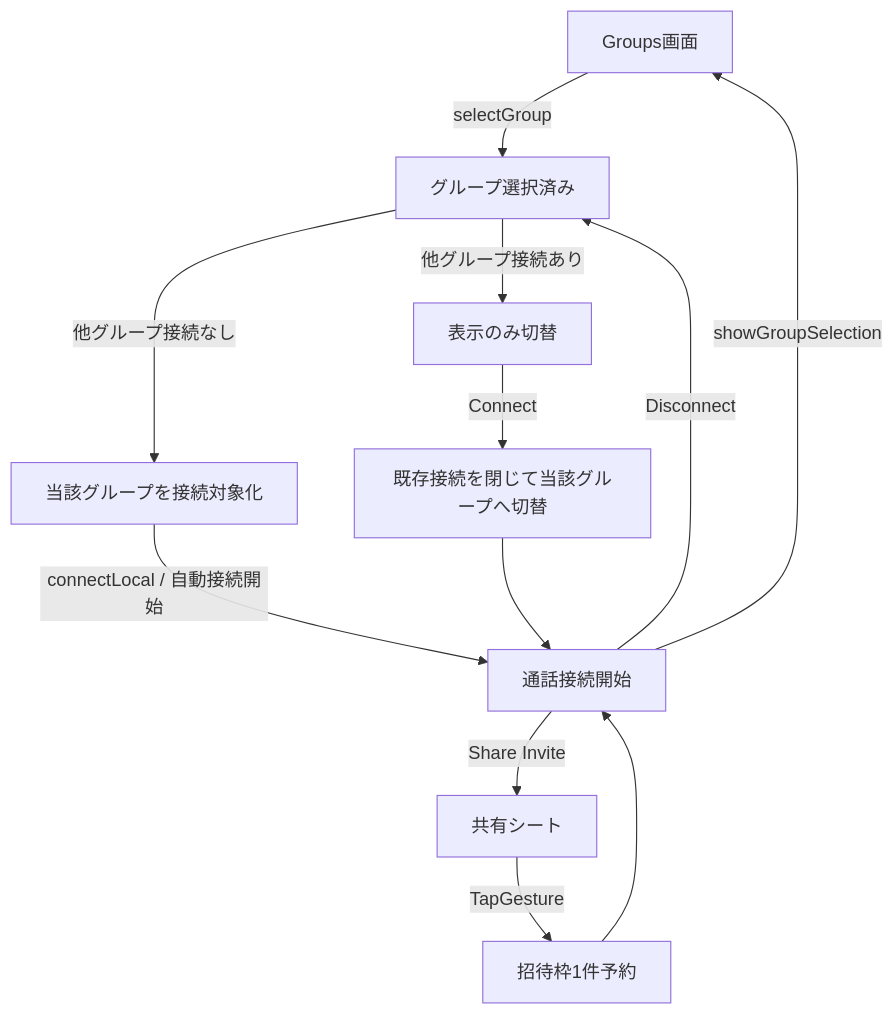
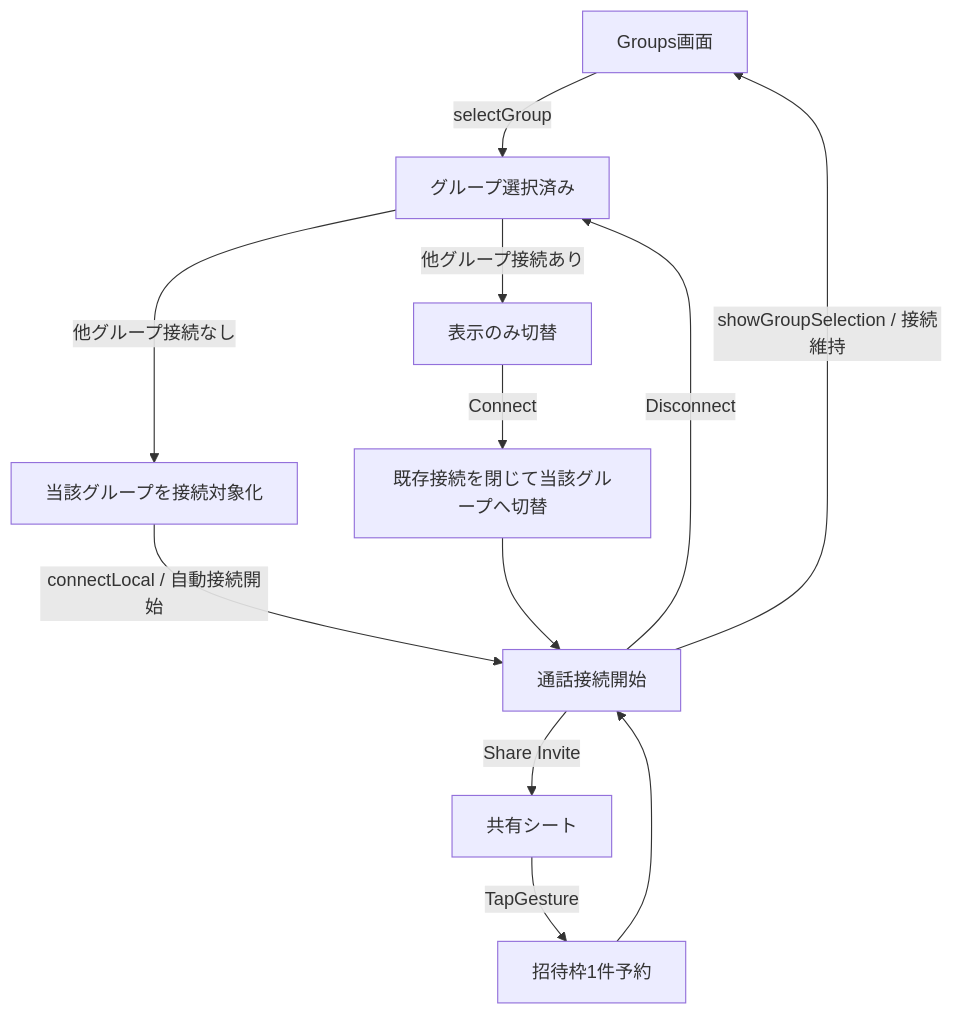
One commit to eroccowaruico/RideIntercom changed the second of 7 diagrams in docs/spec/画面・状態遷移.md. Above: the diagram before and after it, drawn with Mermaid. The commit also changed other lines of this file and 9 other files, not shown here.

````diff
--- a/docs/spec/画面・状態遷移.md
+++ b/docs/spec/画面・状態遷移.md
@@ -32,14 +32,14 @@
 ```mermaid
 flowchart TD
     A[Groups画面] -->|selectGroup| B[グループ選択済み]
     B -->|他グループ接続なし| C[当該グループを接続対象化]
     C -->|connectLocal / 自動接続開始| D[通話接続開始]
     B -->|他グループ接続あり| E[表示のみ切替]
     E -->|Connect| F[既存接続を閉じて当該グループへ切替]
     F --> D
     D -->|Disconnect| B
-    D -->|showGroupSelection| A
+    D -->|showGroupSelection / 接続維持| A
     D -->|Share Invite| G[共有シート]
     G -->|TapGesture| H[招待枠1件予約]
     H --> D
 ```
````
